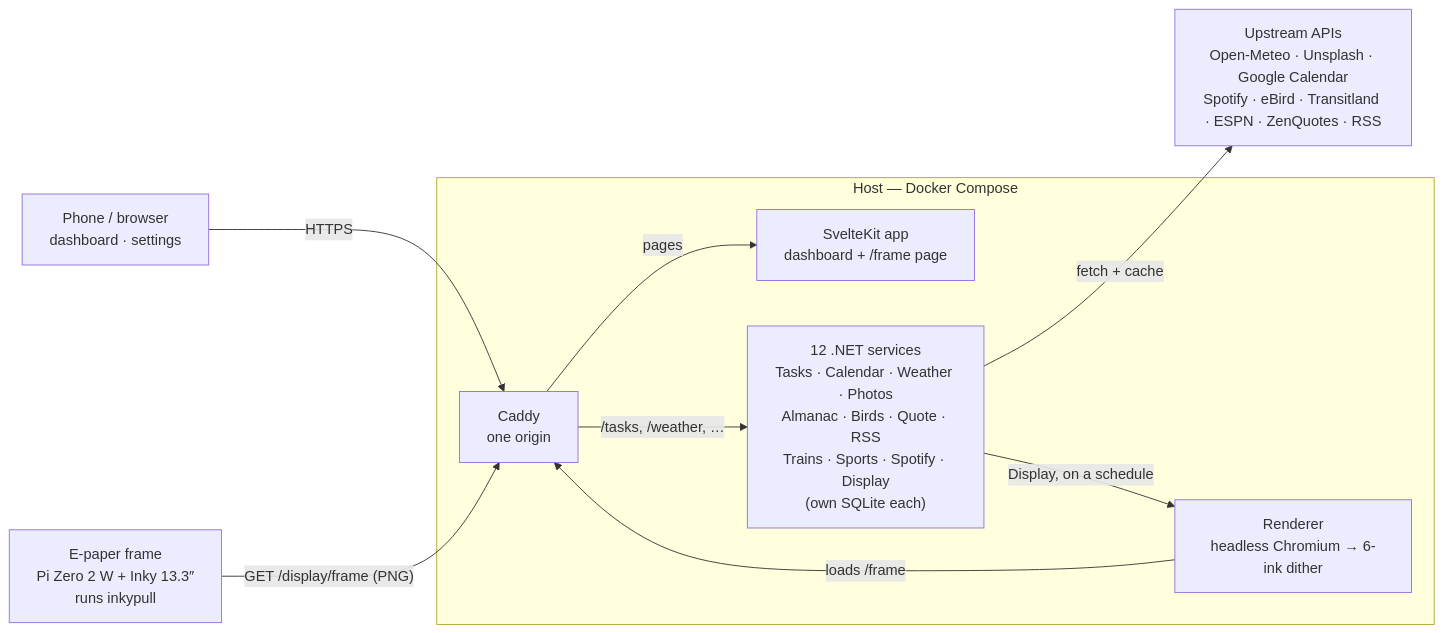
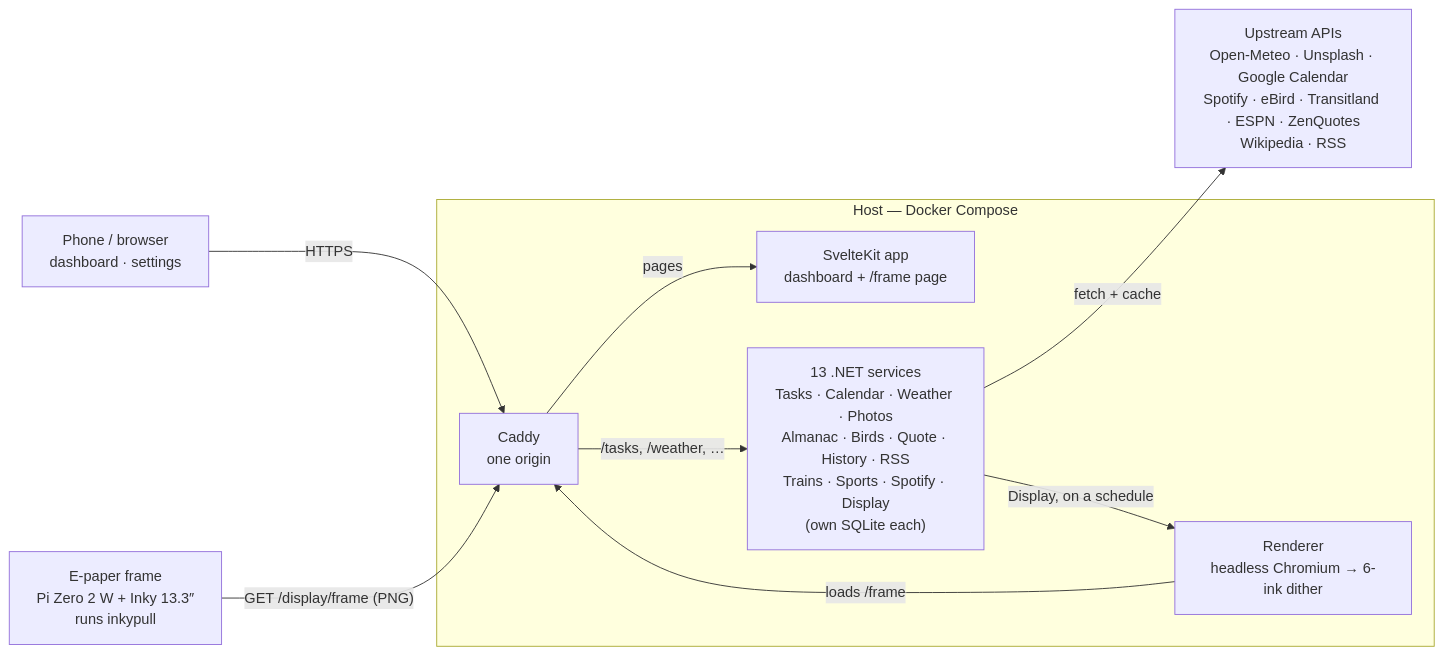
The diagram in README.md (lrv1668-gif/Hearth), drawn with Mermaid before and after one commit. The commit also changed other lines of this file and 64 other files, not shown here.

````diff
--- a/README.md
+++ b/README.md
@@ -28,21 +28,21 @@
 ```mermaid
 flowchart LR
     browser["Phone / browser<br/>dashboard · settings"]
     frame["E-paper frame<br/>Pi Zero 2 W + Inky 13.3″<br/>runs inkypull"]
-    apis["Upstream APIs<br/>Open-Meteo · Unsplash · Google Calendar<br/>Spotify · eBird · Transitland · ESPN · ZenQuotes · RSS"]
+    apis["Upstream APIs<br/>Open-Meteo · Unsplash · Google Calendar<br/>Spotify · eBird · Transitland · ESPN · ZenQuotes<br/>Wikipedia · RSS"]
 
     subgraph host["Host — Docker Compose"]
         caddy["Caddy<br/>one origin"]
         web["SvelteKit app<br/>dashboard + /frame page"]
-        services["12 .NET services<br/>Tasks · Calendar · Weather · Photos<br/>Almanac · Birds · Quote · RSS<br/>Trains · Sports · Spotify · Display<br/>(own SQLite each)"]
+        services["13 .NET services<br/>Tasks · Calendar · Weather · Photos<br/>Almanac · Birds · Quote · History · RSS<br/>Trains · Sports · Spotify · Display<br/>(own SQLite each)"]
         renderer["Renderer<br/>headless Chromium → 6-ink dither"]
     end
 
     browser -->|HTTPS| caddy
     frame -->|"GET /display/frame (PNG)"| caddy
     caddy -->|pages| web
     caddy -->|"/tasks, /weather, …"| services
     services -->|fetch + cache| apis
     services -->|"Display, on a schedule"| renderer
     renderer -->|"loads /frame"| caddy
 ```
````
